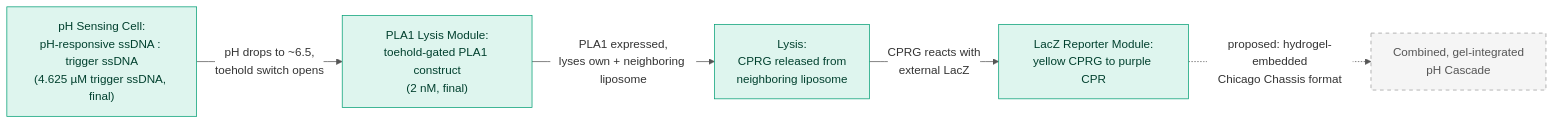
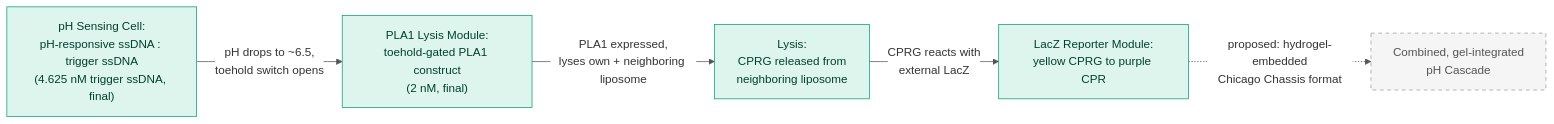
Before and after one commit to nucleus-eng/nucleus-docs: the first of 2 diagrams in docs/modules/ph-cascade/spec.md, drawn with Mermaid. The commit also changed other lines of this file and 47 other files, not shown here.

````diff
--- a/docs/modules/ph-cascade/spec.md
+++ b/docs/modules/ph-cascade/spec.md
@@ -24,14 +24,14 @@
 ```mermaid
 %%{init: {'theme': 'base', 'themeVariables': {'lineColor': '#555555', 'edgeLabelBackground': '#ffffff'}}}%%
 flowchart LR
-    PH["pH Sensing Cell:<br/>pH-responsive ssDNA : trigger ssDNA<br/>(4.625 µM trigger ssDNA, final)"] -->|"pH drops to ~6.5,<br/>toehold switch opens"| PLA1["PLA1 Lysis Module:<br/>toehold-gated PLA1 construct<br/>(2 nM, final)"]
+    PH["pH Sensing Cell:<br/>pH-responsive ssDNA : trigger ssDNA<br/>(4.625 nM trigger ssDNA, final)"] -->|"pH drops to ~6.5,<br/>toehold switch opens"| PLA1["PLA1 Lysis Module:<br/>toehold-gated PLA1 construct<br/>(2 nM, final)"]
     PLA1 -->|"PLA1 expressed,<br/>lyses own + neighboring liposome"| LYSIS["Lysis:<br/>CPRG released from<br/>neighboring liposome"]
     LYSIS -->|"CPRG reacts with<br/>external LacZ"| READOUT["LacZ Reporter Module:<br/>yellow CPRG to purple CPR"]
     READOUT -.->|"proposed: hydrogel-embedded<br/>Chicago Chassis format"| GEL["Combined, gel-integrated<br/>pH Cascade"]
 
     classDef confirmed fill:#def5ee,stroke:#009E73,color:#00402e;
     classDef proposed fill:#f5f5f5,stroke:#999999,color:#555555,stroke-dasharray: 5 5;
 
     class PH,PLA1,LYSIS,READOUT confirmed;
     class GEL proposed;
 ```
````
